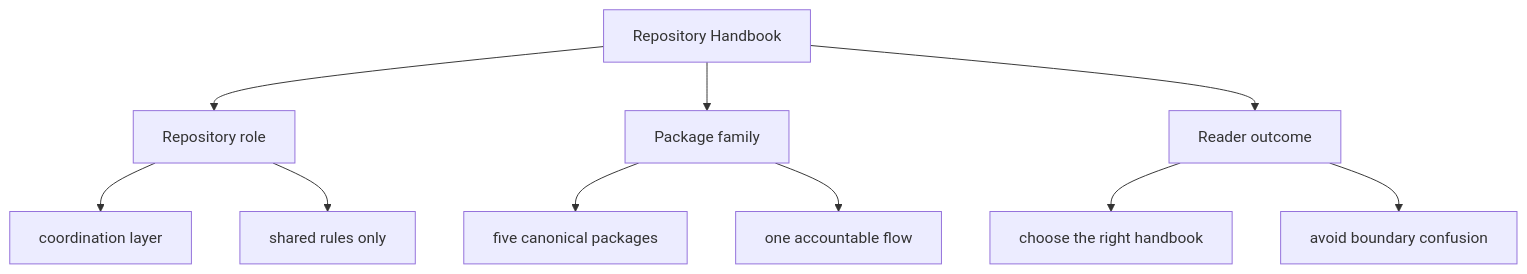
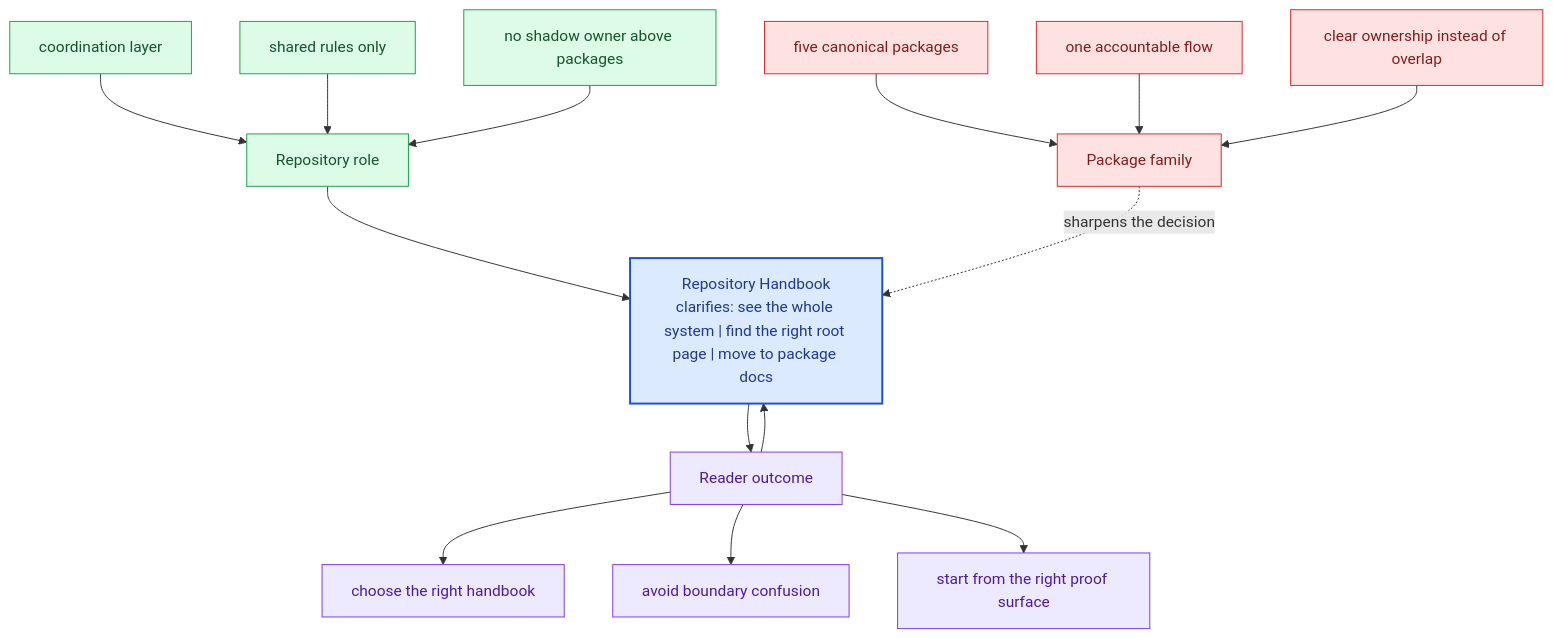
Before and after one commit to bijux/bijux-canon: the second of 2 diagrams in docs/bijux-canon/index.md, drawn with Mermaid. The commit also changed other lines of this file and 281 other files, not shown here.

Commit message:
docs(diagrams): deepen handbook mermaid maps across the catalog

````diff
--- a/docs/bijux-canon/index.md
+++ b/docs/bijux-canon/index.md
@@ -51,22 +84,40 @@
 ```mermaid
-flowchart TD
-    page["Repository Handbook"]
+flowchart TB
+    promise["Repository Handbook<br/>clarifies: see the whole system | find the right root page | move to package docs"]
+    classDef promise fill:#dbeafe,stroke:#1d4ed8,color:#1e3a8a,stroke-width:2px;
+    classDef driver fill:#dcfce7,stroke:#16a34a,color:#14532d;
+    classDef constraint fill:#fee2e2,stroke:#dc2626,color:#7f1d1d;
+    classDef ground fill:#ede9fe,stroke:#7c3aed,color:#4c1d95;
     focus1["Repository role"]
-    page --> focus1
+    focus1 --> promise
     focus1_1["coordination layer"]
-    focus1 --> focus1_1
+    focus1_1 --> focus1
     focus1_2["shared rules only"]
-    focus1 --> focus1_2
+    focus1_2 --> focus1
+    focus1_3["no shadow owner above packages"]
+    focus1_3 --> focus1
+    class focus1 driver;
+    class focus1_1,focus1_2,focus1_3 driver;
     focus2["Package family"]
-    page --> focus2
+    focus2 -.sharpens the decision.-> promise
     focus2_1["five canonical packages"]
-    focus2 --> focus2_1
+    focus2_1 --> focus2
     focus2_2["one accountable flow"]
-    focus2 --> focus2_2
+    focus2_2 --> focus2
+    focus2_3["clear ownership instead of overlap"]
+    focus2_3 --> focus2
+    class focus2 constraint;
+    class focus2_1,focus2_2,focus2_3 constraint;
     focus3["Reader outcome"]
-    page --> focus3
+    focus3 --> promise
+    promise --> focus3
     focus3_1["choose the right handbook"]
     focus3 --> focus3_1
     focus3_2["avoid boundary confusion"]
     focus3 --> focus3_2
+    focus3_3["start from the right proof surface"]
+    focus3 --> focus3_3
+    class focus3 ground;
+    class focus3_1,focus3_2,focus3_3 ground;
+    class promise promise;
 ```
````
